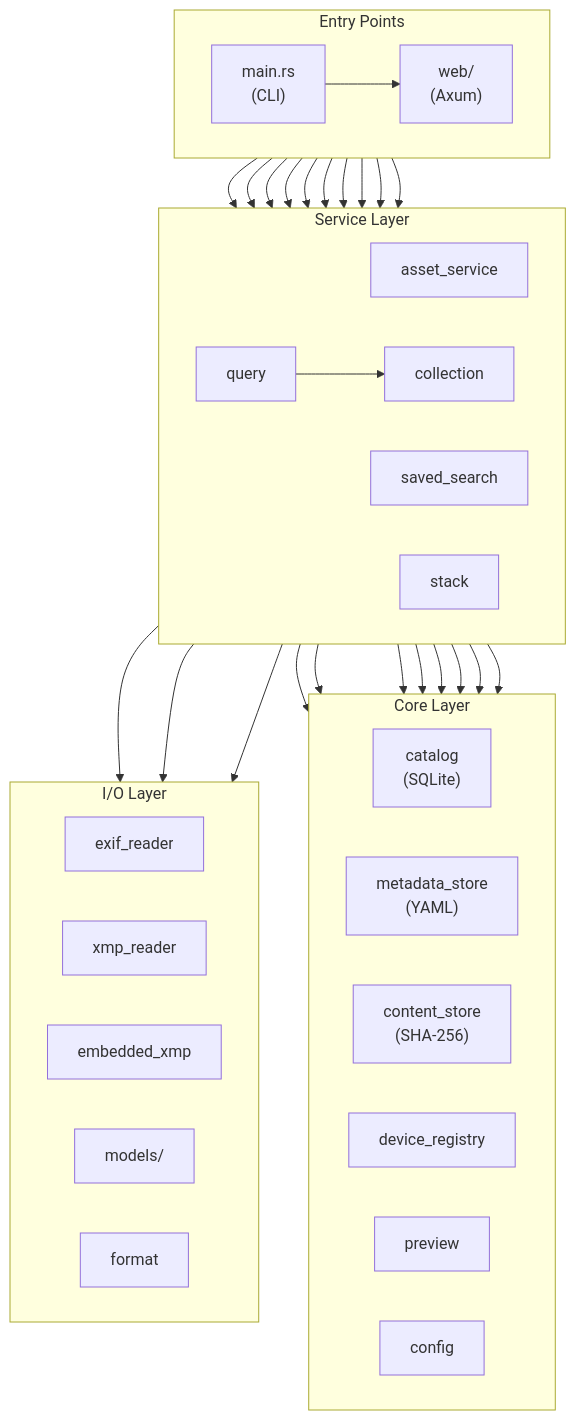
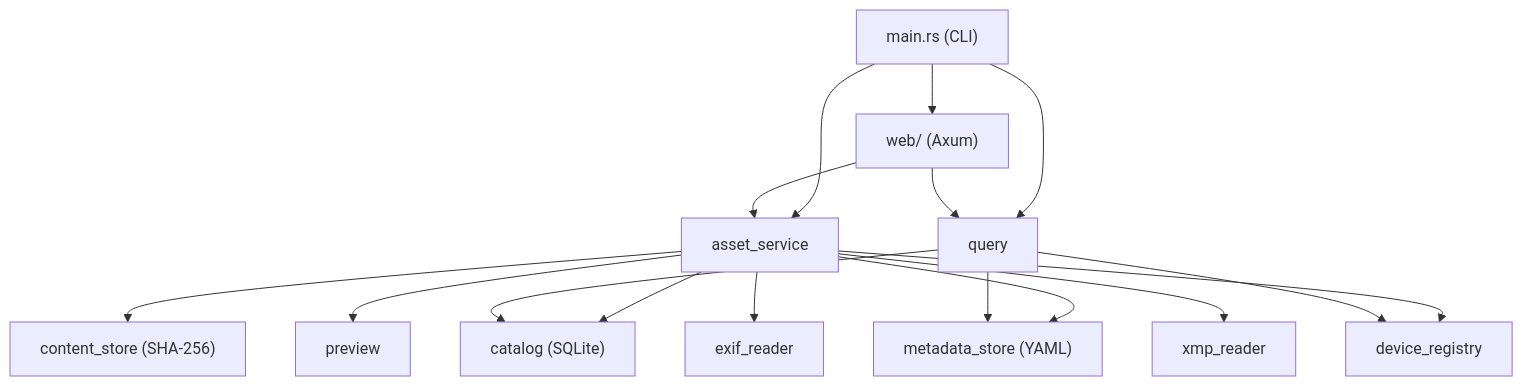
One commit to thoherr/maki changed the diagram in doc/manual/developer/02-module-reference.md. Above: the diagram before and after it, drawn with Mermaid. The commit also changed other lines of this file and 2 other files, not shown here.

Commit message:
Fix module reference: simplify dependency graph, restore table, add row spacing
Dependency graph: remove subgraphs (caused messy layout), show only
the key dependency paths (main/web → services → core → I/O).
Table: restore equal-width pipe separators (pandoc handles wrapping).
Add \arraystretch{1.4} for vertical breathing room between table rows.

````diff
--- a/doc/manual/developer/02-module-reference.md
+++ b/doc/manual/developer/02-module-reference.md
@@ -7,42 +7,18 @@
 ```mermaid
-graph TD
-    subgraph Entry["Entry Points"]
-        direction LR
-        main["main.rs<br/>(CLI)"]
-        web["web/<br/>(Axum)"]
-    end
+flowchart TD
+    main["main.rs (CLI)"] --> asset_service & query & web
+    web["web/ (Axum)"] --> asset_service & query
 
-    subgraph Services["Service Layer"]
-        direction LR
-        asset_service["asset_service"]
-        query["query"]
-        collection["collection"]
-        saved_search["saved_search"]
-        stack["stack"]
-    end
+    asset_service --> catalog & metadata_store & content_store & preview
+    asset_service --> exif_reader & xmp_reader & device_registry
 
-    subgraph Core["Core Layer"]
-        direction LR
-        catalog["catalog<br/>(SQLite)"]
-        metadata_store["metadata_store<br/>(YAML)"]
-        content_store["content_store<br/>(SHA-256)"]
-        device_registry["device_registry"]
-        preview["preview"]
-        config["config"]
-    end
+    query --> catalog & metadata_store & device_registry
 
-    subgraph IO["I/O Layer"]
-        direction LR
-        exif_reader["exif_reader"]
-        xmp_reader["xmp_reader"]
-        embedded_xmp["embedded_xmp"]
-        models["models/"]
-        format["format"]
-    end
-
-    main --> asset_service & query & collection & saved_search & stack & web
-    web --> asset_service & query & collection & saved_search & stack
-    asset_service --> catalog & metadata_store & content_store & preview & device_registry
-    asset_service --> exif_reader & xmp_reader & embedded_xmp
-    query --> catalog & metadata_store & device_registry & collection
+    catalog["catalog (SQLite)"]
+    metadata_store["metadata_store (YAML)"]
+    content_store["content_store (SHA-256)"]
+    device_registry["device_registry"]
+    preview["preview"]
+    exif_reader["exif_reader"]
+    xmp_reader["xmp_reader"]
 ```
````
